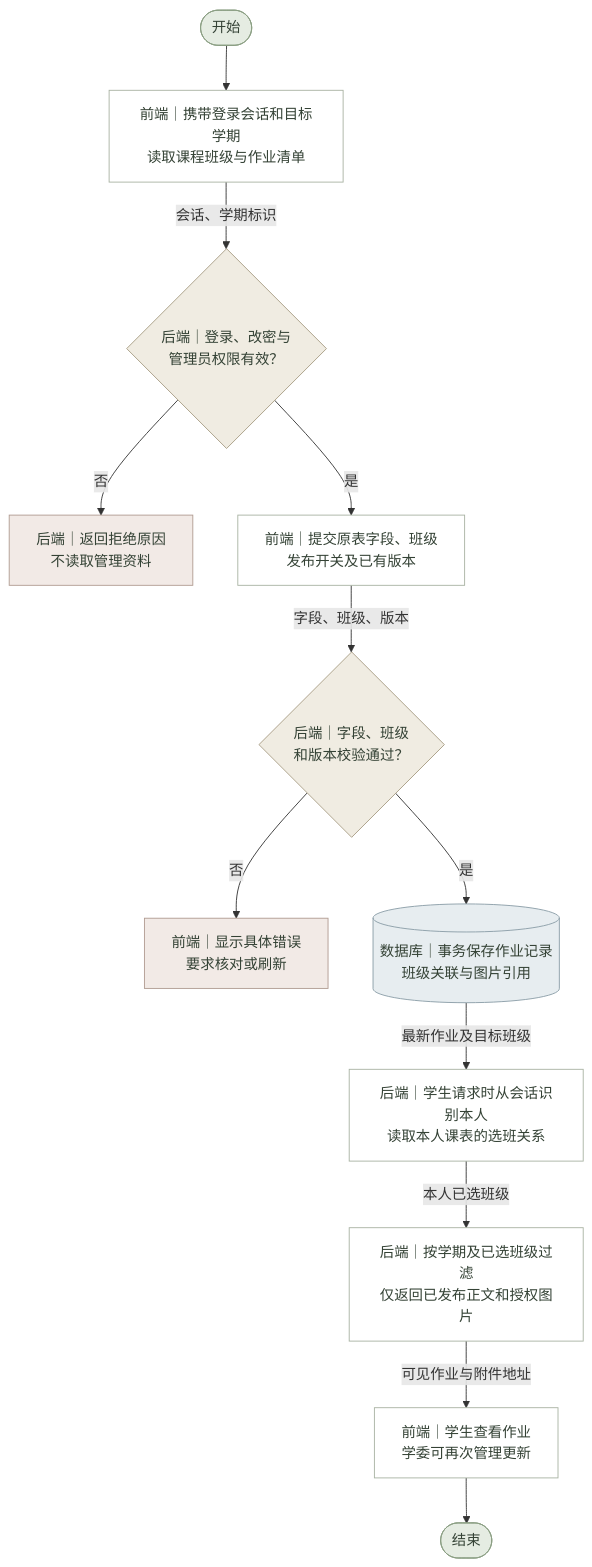
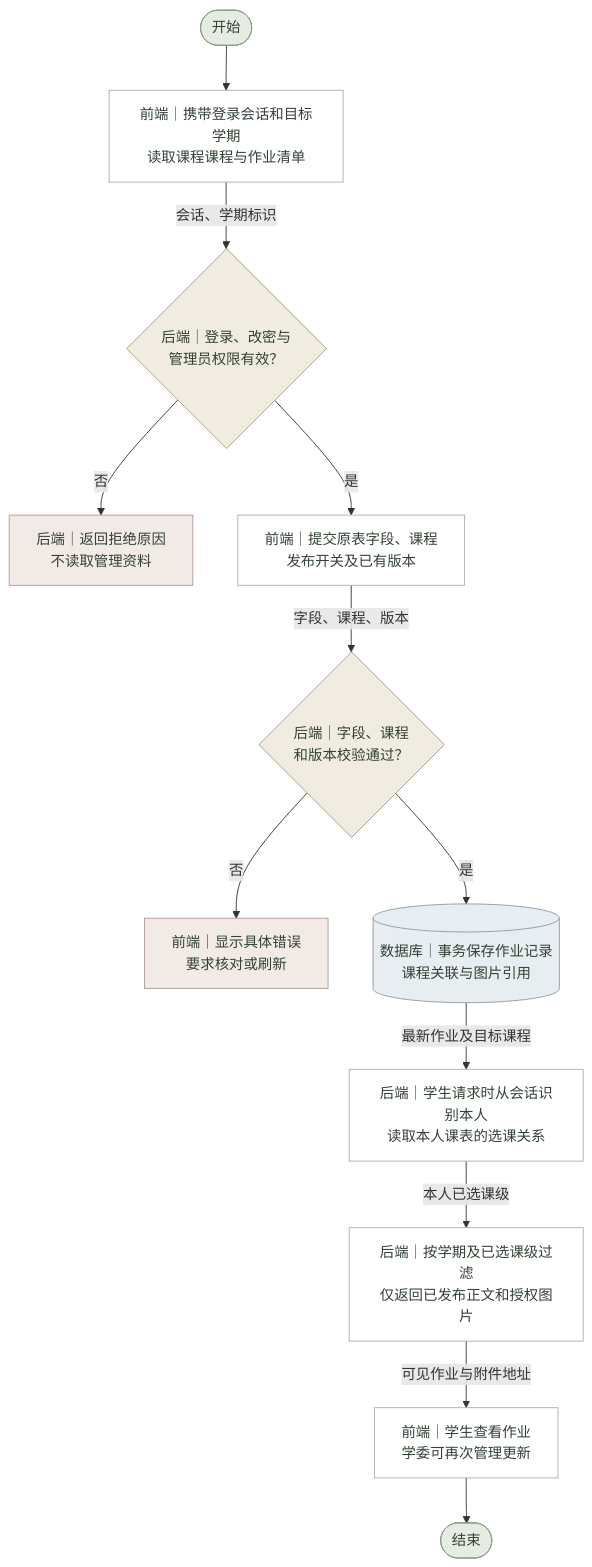
One commit to lichen-lc123/class-assistant changed the diagram in 需求文档/作业功能/流程图源文件/系统流程图/管理员作业维护.mmd. Above: the diagram before and after it, drawn with Mermaid. The commit also changed 149 other files, not shown here.

```diff
--- a/需求文档/作业功能/流程图源文件/系统流程图/管理员作业维护.mmd
+++ b/需求文档/作业功能/流程图源文件/系统流程图/管理员作业维护.mmd
@@ -1,42 +1,42 @@
-%% 管理员作业维护 · 系统流程图 · V1.0 · 2026-11-04
+%% 管理员作业维护 · 系统流程图 · V1.0 · 2026-11-06
 flowchart TD
     N0(["开始"])
-    N1["前端｜携带登录会话和目标学期<br/>读取课程班级与作业清单"]
+    N1["前端｜携带登录会话和目标学期<br/>读取课程课程与作业清单"]
     N2{"后端｜登录、改密与<br/>管理员权限有效？"}
     B2["后端｜返回拒绝原因<br/>不读取管理资料"]
-    N3["前端｜提交原表字段、班级<br/>发布开关及已有版本"]
-    N4{"后端｜字段、班级<br/>和版本校验通过？"}
+    N3["前端｜提交原表字段、课程<br/>发布开关及已有版本"]
+    N4{"后端｜字段、课程<br/>和版本校验通过？"}
     B4["前端｜显示具体错误<br/>要求核对或刷新"]
-    N5[("数据库｜事务保存作业记录<br/>班级关联与图片引用")]
-    N6["后端｜学生请求时从会话识别本人<br/>读取本人课表的选班关系"]
-    N7["后端｜按学期及已选班级过滤<br/>仅返回已发布正文和授权图片"]
+    N5[("数据库｜事务保存作业记录<br/>课程关联与图片引用")]
+    N6["后端｜学生请求时从会话识别本人<br/>读取本人课表的选课关系"]
+    N7["后端｜按学期及已选课级过滤<br/>仅返回已发布正文和授权图片"]
     N8["前端｜学生查看作业<br/>学委可再次管理更新"]
     N9(["结束"])
     N0 --> N1
     N1 -->|会话、学期标识| N2
     N2 -->|否| B2
     N2 -->|是| N3
-    N3 -->|字段、班级、版本| N4
+    N3 -->|字段、课程、版本| N4
     N4 -->|否| B4
     N4 -->|是| N5
-    N5 -->|最新作业及目标班级| N6
-    N6 -->|本人已选班级| N7
+    N5 -->|最新作业及目标课程| N6
+    N6 -->|本人已选课级| N7
     N7 -->|可见作业与附件地址| N8
     N8 --> N9
     classDef normal fill:#FFFFFF,stroke:#A8B2A2,color:#344235;
     classDef decision fill:#F0ECE2,stroke:#A69B83,color:#344235;
     classDef terminal fill:#E5ECE2,stroke:#8A9D82,color:#344235;
     classDef exception fill:#F2EAE6,stroke:#B09B91,color:#344235;
     classDef database fill:#E7EDF0,stroke:#8A9CA6,color:#344235;
     class N0 terminal;
     class N1 normal;
     class N2 decision;
     class B2 exception;
     class N3 normal;
     class N4 decision;
     class B4 exception;
     class N5 database;
     class N6 normal;
     class N7 normal;
     class N8 normal;
     class N9 terminal;
```
